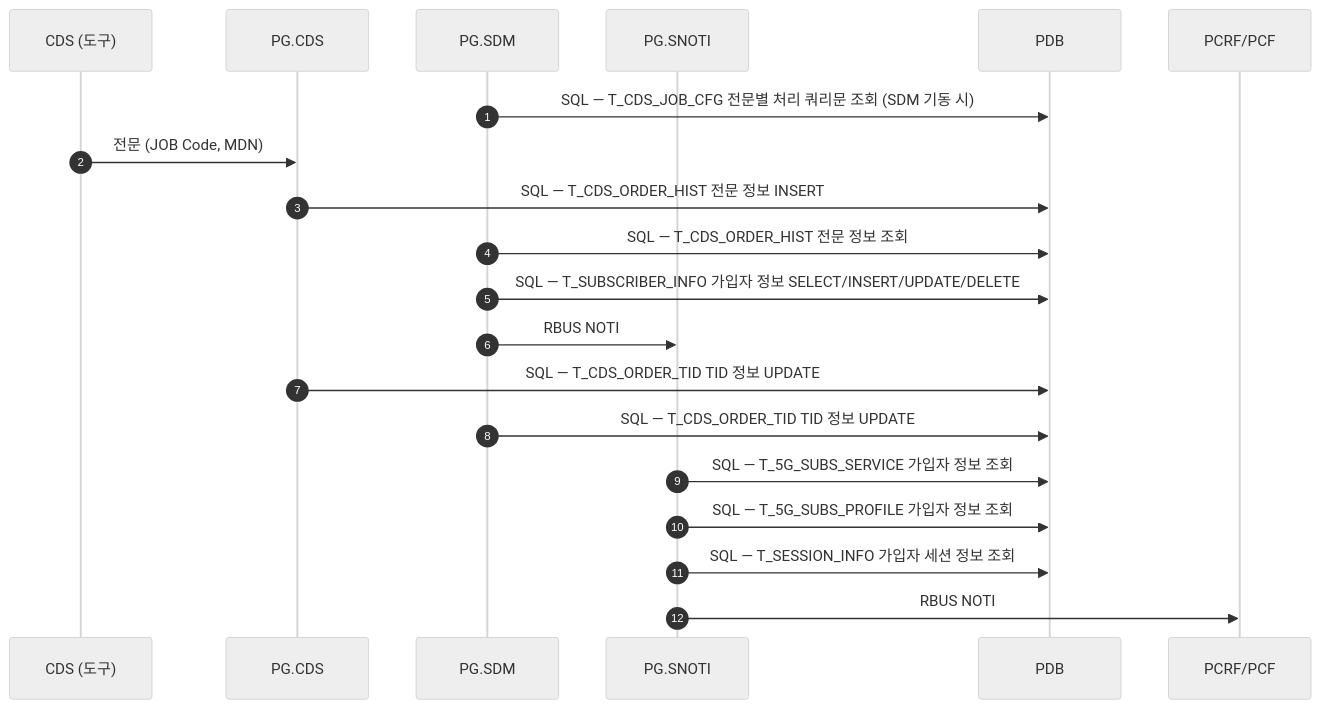
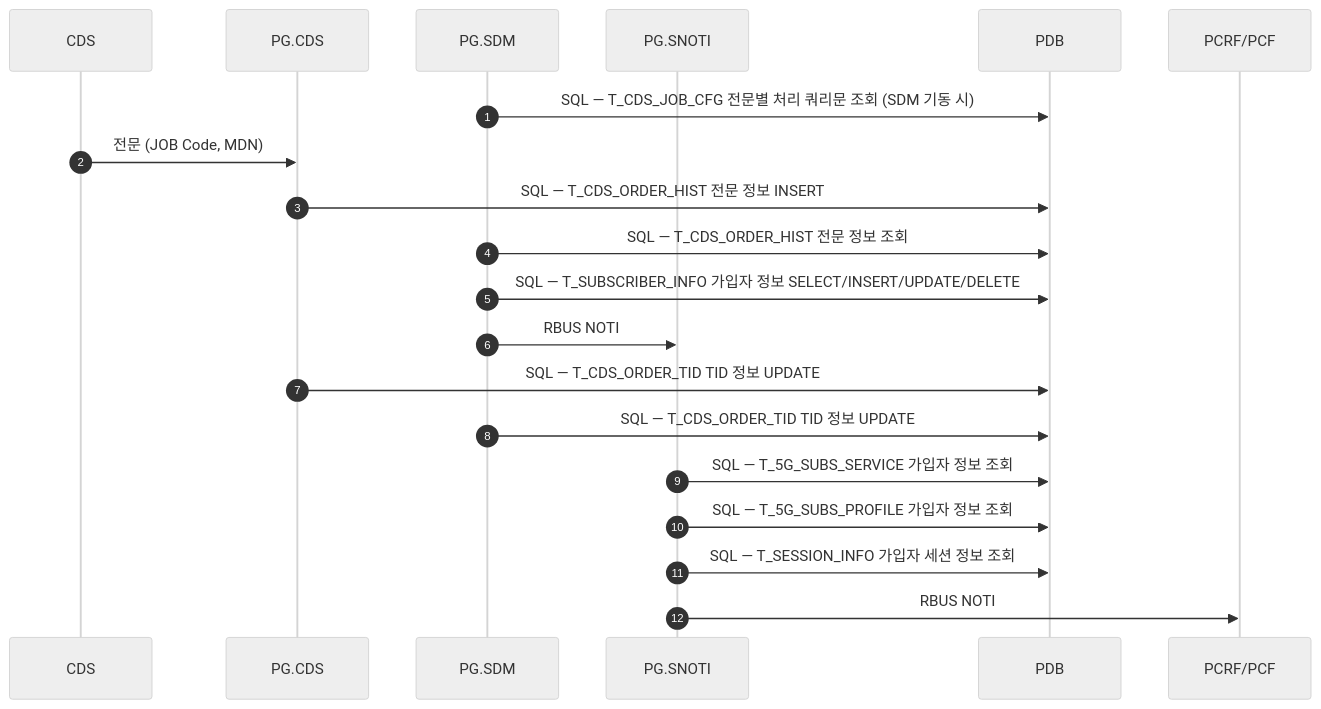
The first of 3 diagrams in docs/nodes/CDS.md (IanKim2030/tc4robot), drawn with Mermaid (neutral theme) before and after one commit. The commit also changed other lines of this file and 1 other file, not shown here.

Commit message:
cds ProductGenType 추가

````diff
--- a/docs/nodes/CDS.md
+++ b/docs/nodes/CDS.md
@@ -60,23 +60,23 @@
 ```mermaid
 sequenceDiagram
     autonumber
-    participant TOOL as CDS (도구)
+    participant TOOL as CDS
     participant PGCDS as PG.CDS
     participant SDM as PG.SDM
     participant SNOTI as PG.SNOTI
     participant PDB as PDB
     participant PCF as PCRF/PCF
 
     SDM->>PDB: SQL — T_CDS_JOB_CFG 전문별 처리 쿼리문 조회 (SDM 기동 시)
     TOOL->>PGCDS: 전문 (JOB Code, MDN)
     PGCDS->>PDB: SQL — T_CDS_ORDER_HIST 전문 정보 INSERT
     SDM->>PDB: SQL — T_CDS_ORDER_HIST 전문 정보 조회
     SDM->>PDB: SQL — T_SUBSCRIBER_INFO 가입자 정보 SELECT/INSERT/UPDATE/DELETE
     SDM->>SNOTI: RBUS NOTI
     PGCDS->>PDB: SQL — T_CDS_ORDER_TID TID 정보 UPDATE
     SDM->>PDB: SQL — T_CDS_ORDER_TID TID 정보 UPDATE
     SNOTI->>PDB: SQL — T_5G_SUBS_SERVICE 가입자 정보 조회
     SNOTI->>PDB: SQL — T_5G_SUBS_PROFILE 가입자 정보 조회
     SNOTI->>PDB: SQL — T_SESSION_INFO 가입자 세션 정보 조회
     SNOTI->>PCF: RBUS NOTI
 ```
````
